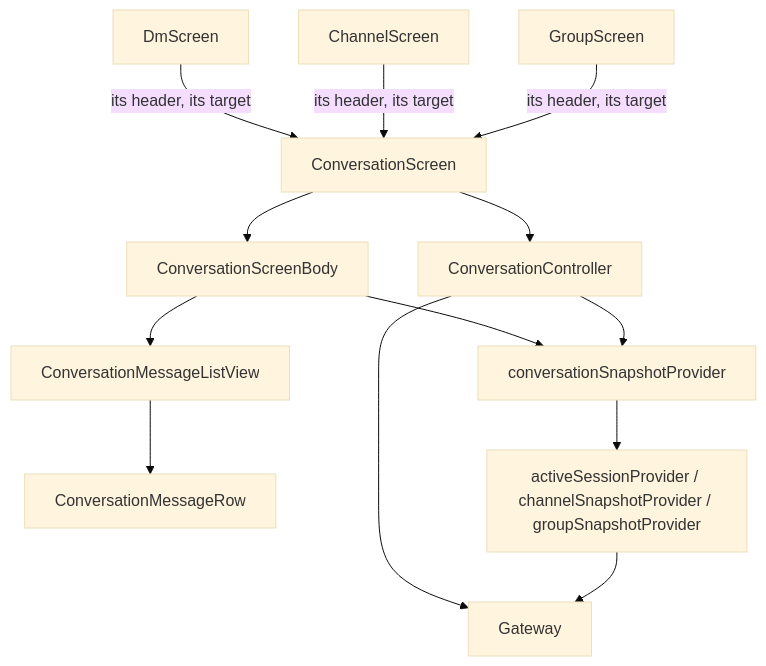
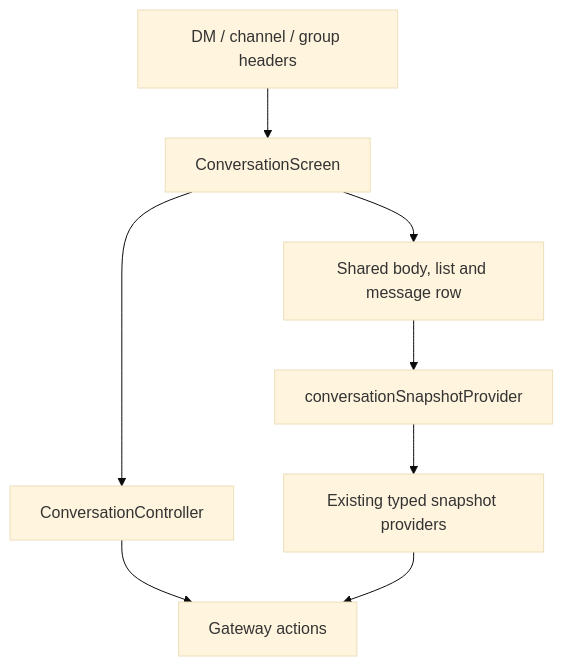
One commit to redstone-md/mosh-flutter changed the second of 2 diagrams in docs/Architecture.md. Above: the diagram before and after it, drawn with Mermaid (base theme). The commit also changed other lines of this file and 5 other files, not shown here.

````diff
--- a/docs/Architecture.md
+++ b/docs/Architecture.md
@@ -540,27 +70,10 @@
 ```mermaid
 flowchart TD
-    Dm[DmScreen]
-    Ch[ChannelScreen]
-    Gr[GroupScreen]
-    Screen[ConversationScreen]
-    Body[ConversationScreenBody]
-    Ctrl[ConversationController]
-    List[ConversationMessageListView]
-    Row[ConversationMessageRow]
-    Snap[conversationSnapshotProvider]
-    Kind["activeSessionProvider / channelSnapshotProvider / groupSnapshotProvider"]
-    GW[Gateway]
-
-    Dm -->|"its header, its target"| Screen
-    Ch -->|"its header, its target"| Screen
-    Gr -->|"its header, its target"| Screen
-    Screen --> Body
-    Screen --> Ctrl
-    Body --> List
-    List --> Row
-    Body --> Snap
-    Ctrl --> GW
-    Ctrl --> Snap
-    Snap --> Kind
-    Kind --> GW
+    Headers[DM / channel / group headers] --> Screen[ConversationScreen]
+    Screen --> Controller[ConversationController]
+    Screen --> Body[Shared body, list and message row]
+    Body --> Snapshot[conversationSnapshotProvider]
+    Snapshot --> Native[Existing typed snapshot providers]
+    Controller --> Gateway[Gateway actions]
+    Native --> Gateway
 ```
````
